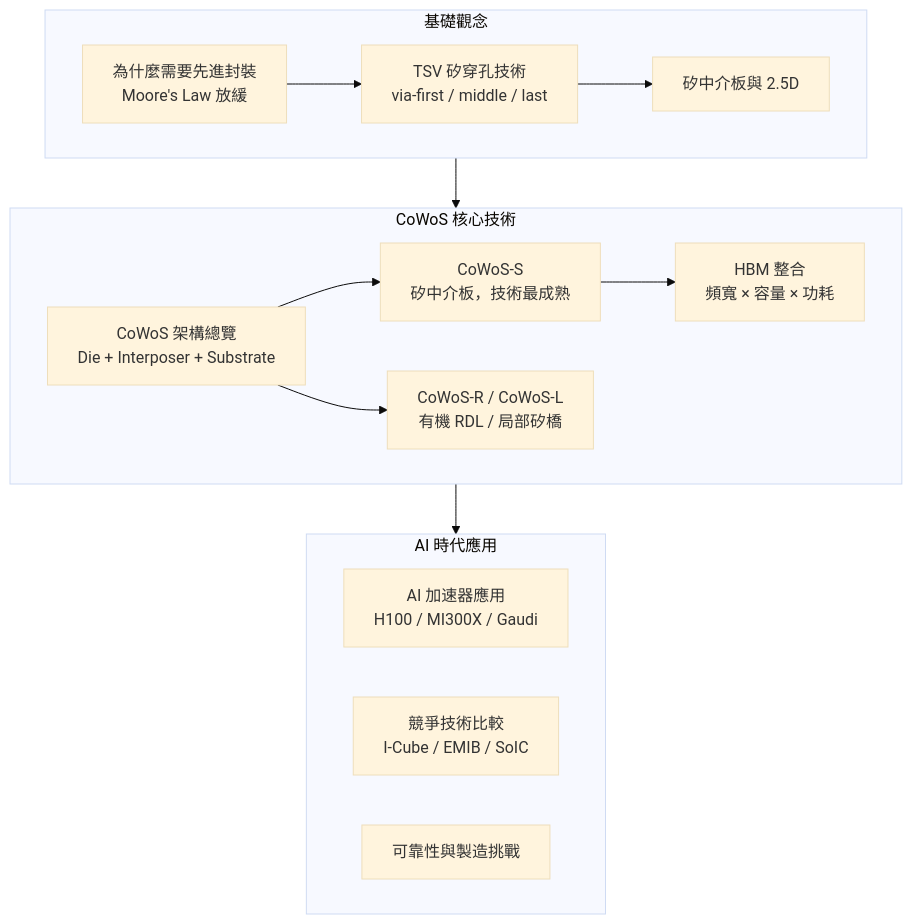
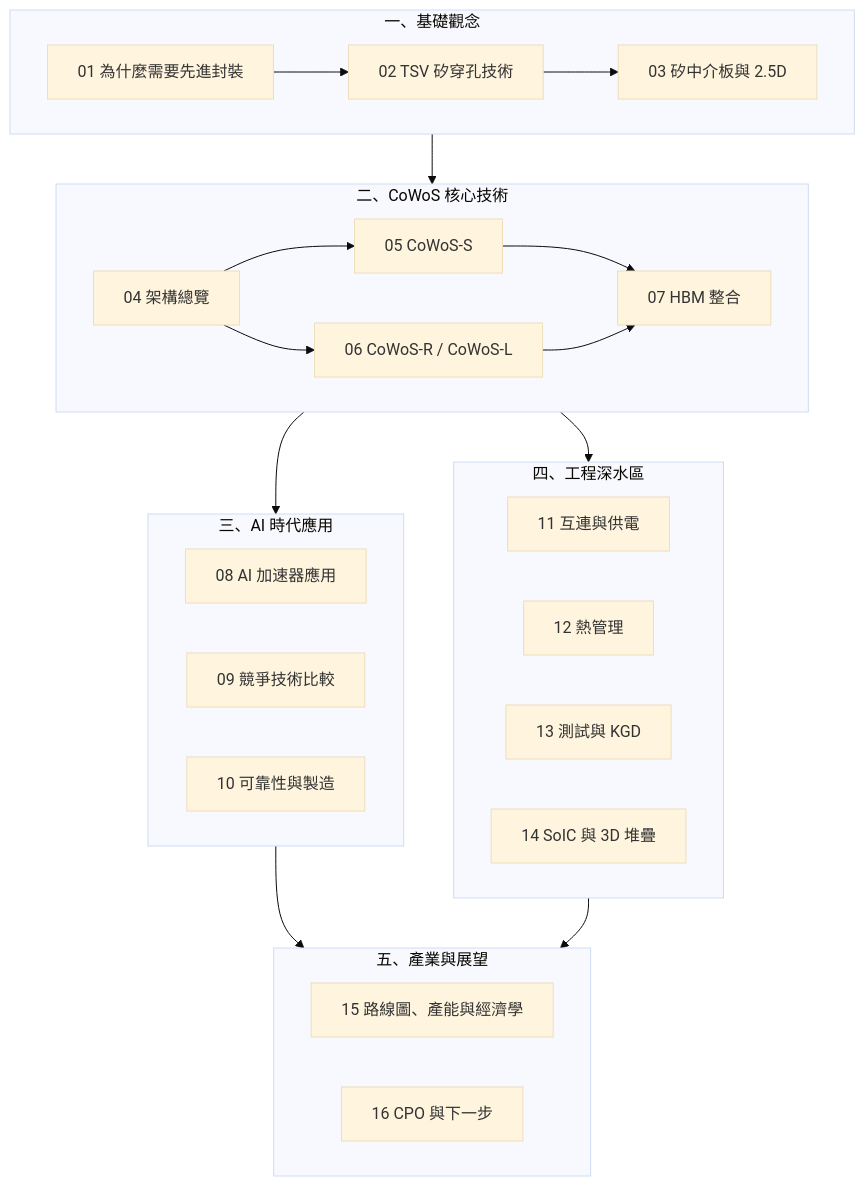
One commit to wizardhsiehcom/book changed the diagram in docs/cowos/00-map.md. Above: the diagram before and after it, drawn with Mermaid (base theme). The commit also changed other lines of this file and 33 other files, not shown here.

````diff
--- a/docs/cowos/00-map.md
+++ b/docs/cowos/00-map.md
@@ -3,27 +3,43 @@
 ```mermaid
 flowchart TD
-    subgraph SG1["基礎觀念"]
-        A1["為什麼需要先進封裝<br/>Moore's Law 放緩"]
-        A2["TSV 矽穿孔技術<br/>via-first / middle / last"]
-        A3["矽中介板與 2.5D"]
+    subgraph SG1["一、基礎觀念"]
+        A1["01 為什麼需要先進封裝"]
+        A2["02 TSV 矽穿孔技術"]
+        A3["03 矽中介板與 2.5D"]
         A1 --> A2 --> A3
     end
 
-    subgraph SG2["CoWoS 核心技術"]
-        B1["CoWoS 架構總覽<br/>Die + Interposer + Substrate"]
-        B2["CoWoS-S<br/>矽中介板，技術最成熟"]
-        B3["CoWoS-R / CoWoS-L<br/>有機 RDL / 局部矽橋"]
-        B4["HBM 整合<br/>頻寬 × 容量 × 功耗"]
+    subgraph SG2["二、CoWoS 核心技術"]
+        B1["04 架構總覽"]
+        B2["05 CoWoS-S"]
+        B3["06 CoWoS-R / CoWoS-L"]
+        B4["07 HBM 整合"]
         B1 --> B2
         B1 --> B3
         B2 --> B4
+        B3 --> B4
     end
 
-    subgraph SG3["AI 時代應用"]
-        C1["AI 加速器應用<br/>H100 / MI300X / Gaudi"]
-        C2["競爭技術比較<br/>I-Cube / EMIB / SoIC"]
-        C3["可靠性與製造挑戰"]
+    subgraph SG3["三、AI 時代應用"]
+        C1["08 AI 加速器應用"]
+        C2["09 競爭技術比較"]
+        C3["10 可靠性與製造"]
+    end
+
+    subgraph SG4["四、工程深水區"]
+        D1["11 互連與供電"]
+        D2["12 熱管理"]
+        D3["13 測試與 KGD"]
+        D4["14 SoIC 與 3D 堆疊"]
+    end
+
+    subgraph SG5["五、產業與展望"]
+        E1["15 路線圖、產能與經濟學"]
+        E2["16 CPO 與下一步"]
     end
 
     SG1 --> SG2 --> SG3
+    SG2 --> SG4
+    SG3 --> SG5
+    SG4 --> SG5
 ```
````
